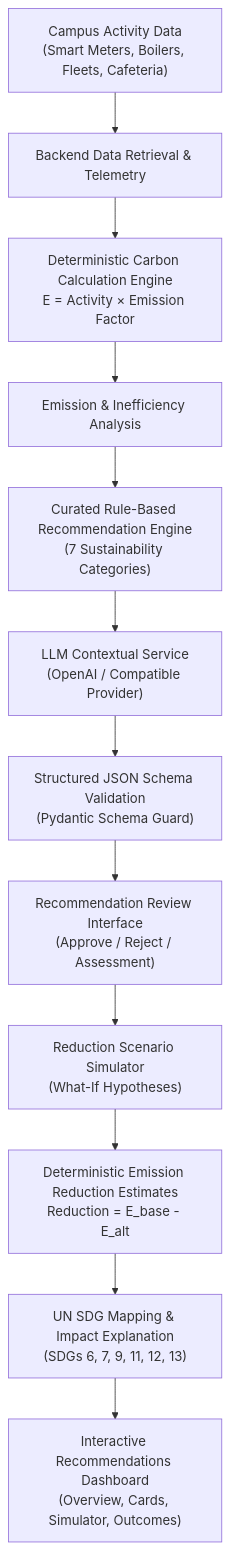
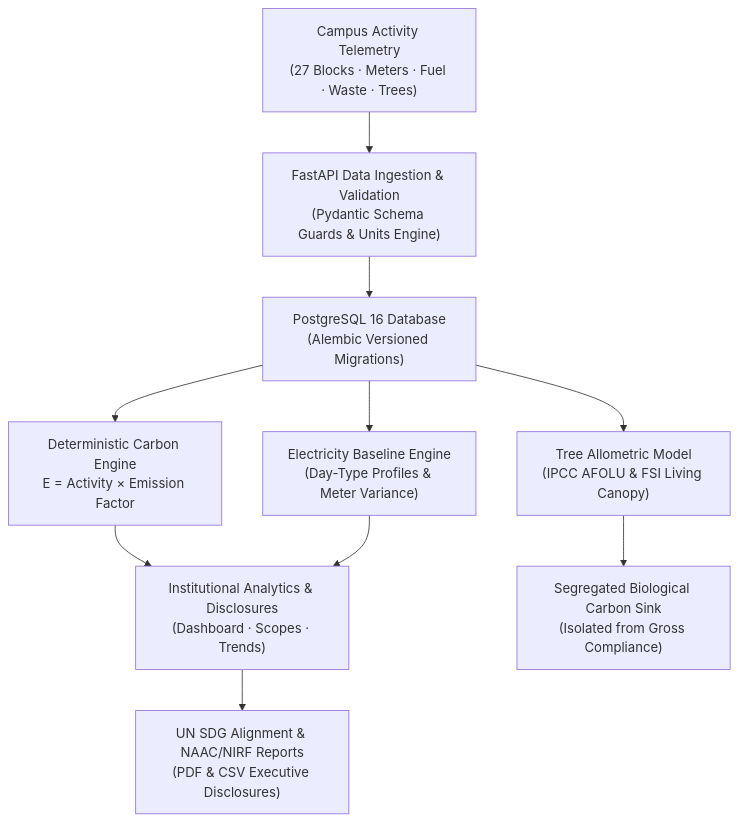
Before and after one commit to sanjaygurusamy/Cred_gen: the diagram in README.md, drawn with Mermaid. The commit also changed other lines of this file, not shown here.

Commit message:
docs: update README with institutional overview, architecture diagrams, directory tree, and test metrics

````diff
--- a/README.md
+++ b/README.md
@@ -9,14 +29,12 @@
 ```mermaid
 flowchart TD
-    A["Campus Activity Data\n(Smart Meters, Boilers, Fleets, Cafeteria)"] --> B["Backend Data Retrieval & Telemetry"]
-    B --> C["Deterministic Carbon Calculation Engine\nE = Activity × Emission Factor"]
-    C --> D["Emission & Inefficiency Analysis"]
-    D --> E["Curated Rule-Based Recommendation Engine\n(7 Sustainability Categories)"]
-    E --> F["LLM Contextual Service\n(OpenAI / Compatible Provider)"]
-    F --> G["Structured JSON Schema Validation\n(Pydantic Schema Guard)"]
-    G --> H["Recommendation Review Interface\n(Approve / Reject / Assessment)"]
-    H --> I["Reduction Scenario Simulator\n(What-If Hypotheses)"]
-    I --> J["Deterministic Emission Reduction Estimates\nReduction = E_base - E_alt"]
-    J --> K["UN SDG Mapping & Impact Explanation\n(SDGs 6, 7, 9, 11, 12, 13)"]
-    K --> L["Interactive Recommendations Dashboard\n(Overview, Cards, Simulator, Outcomes)"]
+    A["Campus Activity Telemetry\n(27 Blocks · Meters · Fuel · Waste · Trees)"] --> B["FastAPI Data Ingestion & Validation\n(Pydantic Schema Guards & Units Engine)"]
+    B --> C["PostgreSQL 16 Database\n(Alembic Versioned Migrations)"]
+    C --> D["Deterministic Carbon Engine\nE = Activity × Emission Factor"]
+    C --> E["Electricity Baseline Engine\n(Day-Type Profiles & Meter Variance)"]
+    C --> F["Tree Allometric Model\n(IPCC AFOLU & FSI Living Canopy)"]
+    D --> G["Institutional Analytics & Disclosures\n(Dashboard · Scopes · Trends)"]
+    E --> G
+    F --> H["Segregated Biological Carbon Sink\n(Isolated from Gross Compliance)"]
+    G --> I["UN SDG Alignment & NAAC/NIRF Reports\n(PDF & CSV Executive Disclosures)"]
 ```
````
